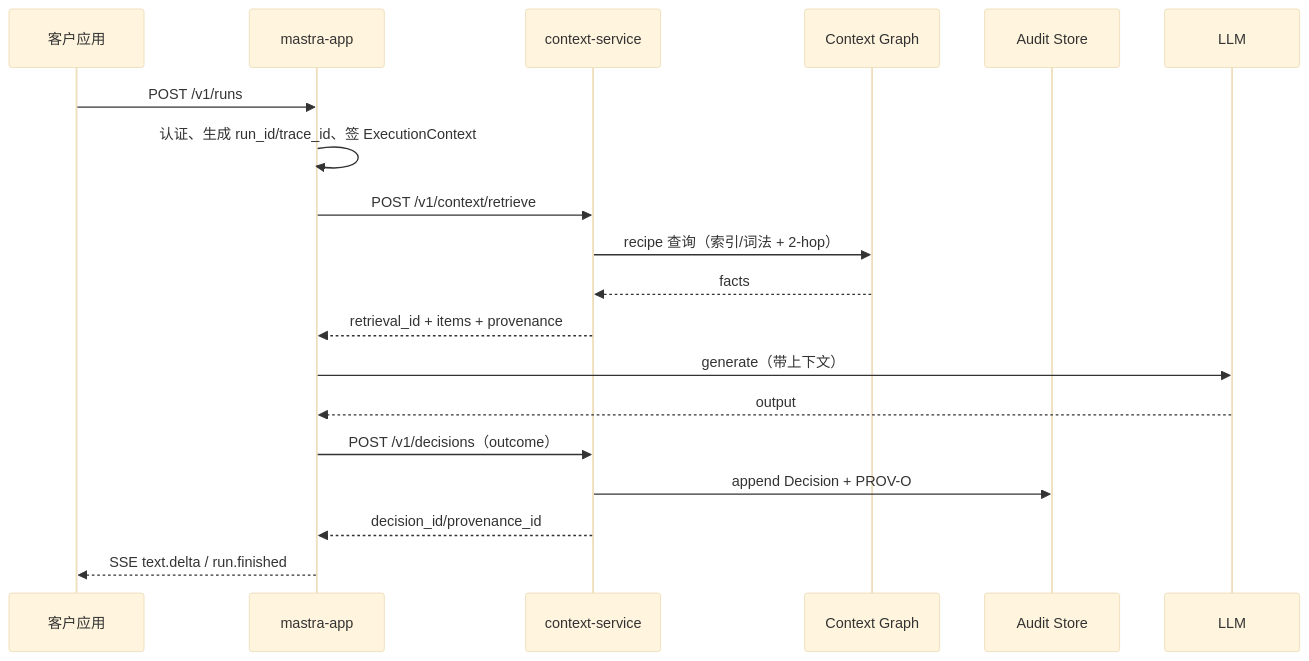
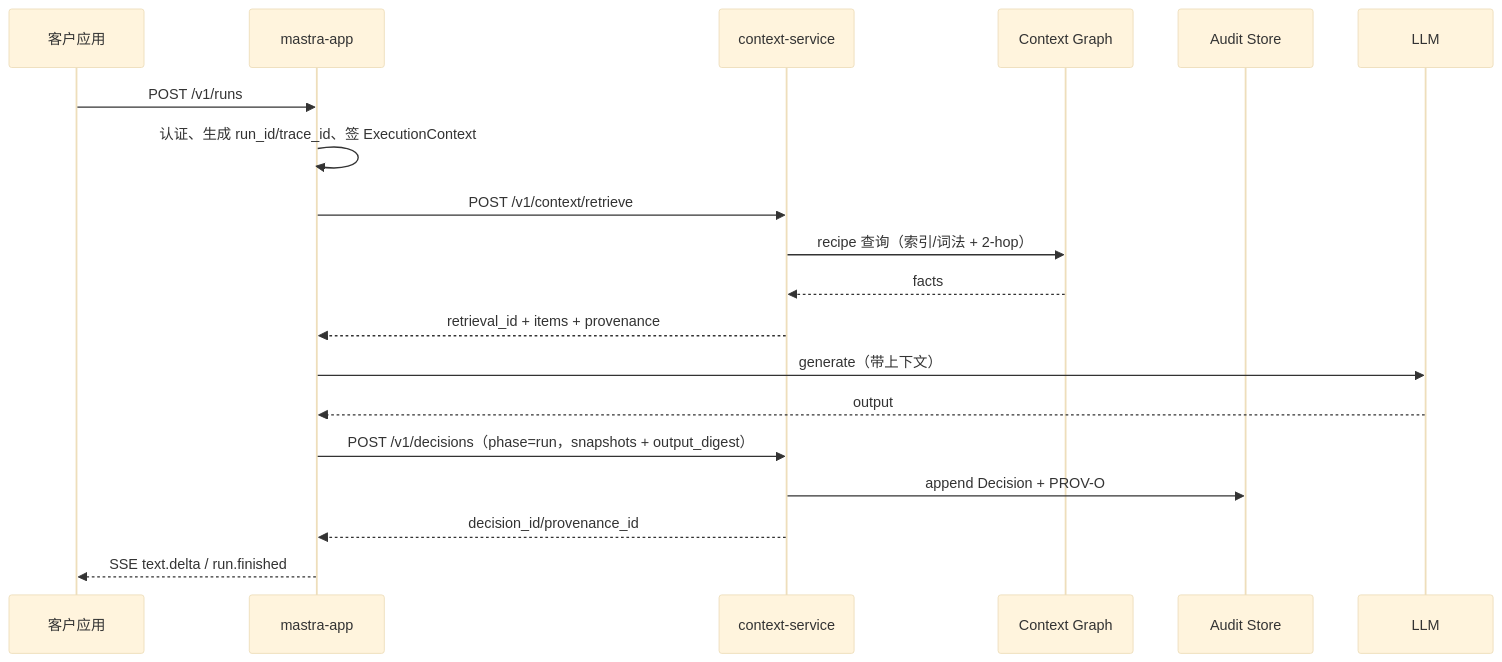
Before and after one commit to 0xnicholas/Fdesforce: the fifth of 8 diagrams in docs/runtime-contract.md, drawn with Mermaid (base theme). The commit also changed other lines of this file and 29 other files, not shown here.

````diff
--- a/docs/runtime-contract.md
+++ b/docs/runtime-contract.md
@@ -625,22 +708,22 @@
 ```mermaid
 sequenceDiagram
   participant C as 客户应用
   participant M as mastra-app
   participant X as context-service
   participant G as Context Graph
   participant A as Audit Store
   participant L as LLM
 
   C->>M: POST /v1/runs
   M->>M: 认证、生成 run_id/trace_id、签 ExecutionContext
   M->>X: POST /v1/context/retrieve
   X->>G: recipe 查询（索引/词法 + 2-hop）
   G-->>X: facts
   X-->>M: retrieval_id + items + provenance
   M->>L: generate（带上下文）
   L-->>M: output
-  M->>X: POST /v1/decisions（outcome）
+  M->>X: POST /v1/decisions（phase=run，snapshots + output_digest）
   X->>A: append Decision + PROV-O
   X-->>M: decision_id/provenance_id
   M-->>C: SSE text.delta / run.finished
 ```
````
